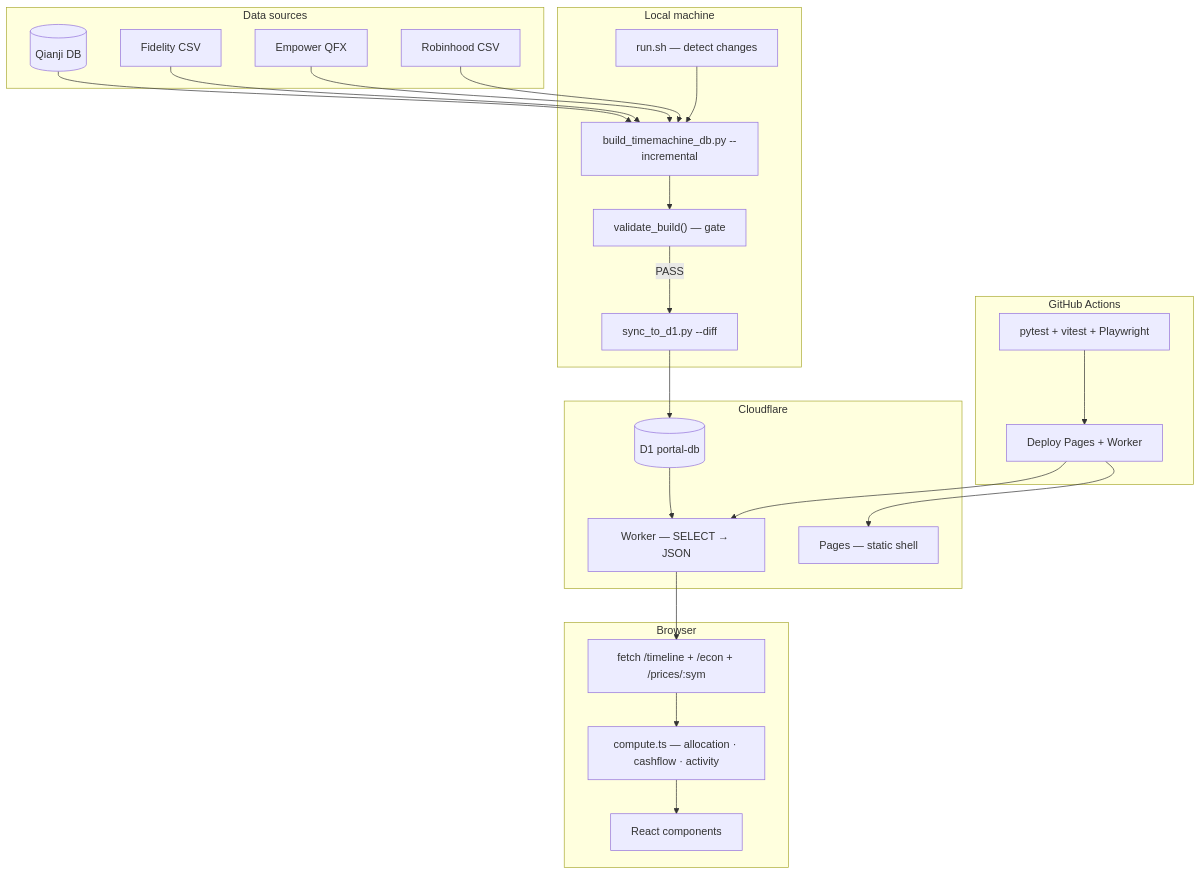
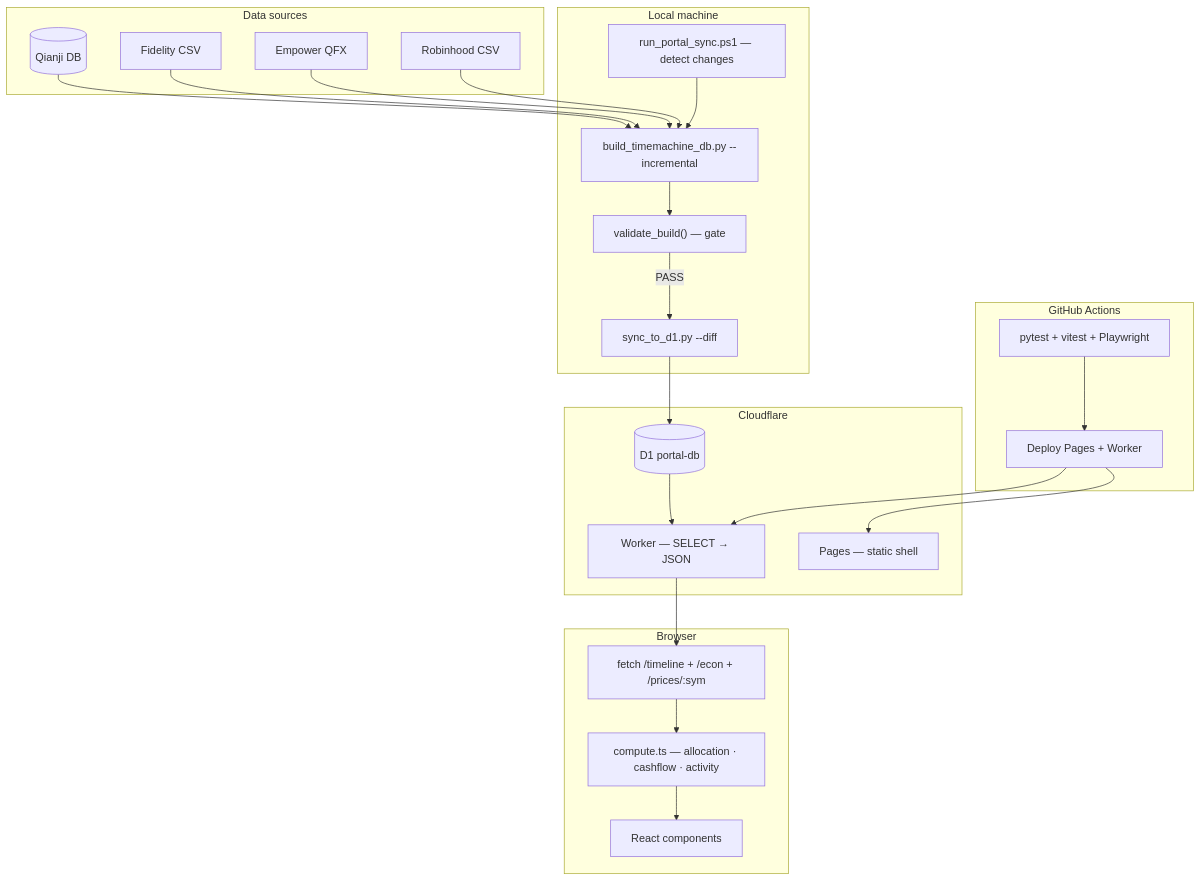
The diagram in docs/ARCHITECTURE.md (Guoyuer/portal), drawn with Mermaid before and after one commit. The commit also changed other lines of this file and 5 other files, not shown here.

First line of the commit message:
feat(pipeline): replace run.sh with Windows-native run_portal_sync.ps1

````diff
--- a/docs/ARCHITECTURE.md
+++ b/docs/ARCHITECTURE.md
@@ -7,39 +7,39 @@
 ```mermaid
 graph TB
     subgraph Local["Local machine"]
-        DETECT["run.sh — detect changes"]
+        DETECT["run_portal_sync.ps1 — detect changes"]
         BUILD["build_timemachine_db.py --incremental"]
         VALIDATE["validate_build() — gate"]
         DIFF["sync_to_d1.py --diff"]
     end
 
     subgraph Sources["Data sources"]
         QJ[(Qianji DB)]
         FID[Fidelity CSV]
         QFX[Empower QFX]
         RH[Robinhood CSV]
     end
 
     subgraph Cloud["Cloudflare"]
         D1[(D1 portal-db)]
         WORKER["Worker — SELECT → JSON"]
         PAGES["Pages — static shell"]
     end
 
     subgraph Frontend["Browser"]
         FETCH["fetch /timeline + /econ + /prices/:sym"]
         COMPUTE["compute.ts — allocation · cashflow · activity"]
         UI["React components"]
     end
 
     subgraph CI["GitHub Actions"]
         TEST["pytest + vitest + Playwright"]
         DEPLOY["Deploy Pages + Worker"]
     end
 
     QJ & FID & QFX & RH --> BUILD
     DETECT --> BUILD --> VALIDATE
     VALIDATE -->|PASS| DIFF --> D1
     D1 --> WORKER --> FETCH --> COMPUTE --> UI
     TEST --> DEPLOY --> PAGES & WORKER
 ```
````
